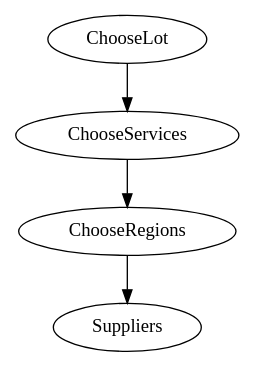
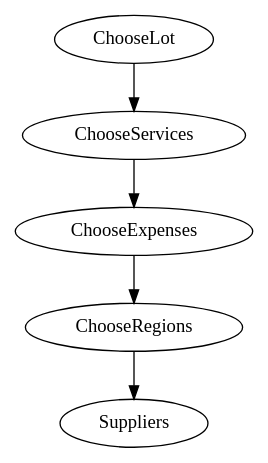
Before and after one commit to Crown-Commercial-Service/crown-marketplace: the diagram in doc/management_consultancy.dot, drawn with Graphviz. The commit also changed 9 other files, not shown here.

Commit message:
Filter MC suppliers by expenses

```diff
--- a/doc/management_consultancy.dot
+++ b/doc/management_consultancy.dot
@@ -1,3 +1,3 @@
 digraph {
-  ChooseLot -> ChooseServices -> ChooseRegions -> Suppliers;
+  ChooseLot -> ChooseServices -> ChooseExpenses -> ChooseRegions -> Suppliers;
 }
```
